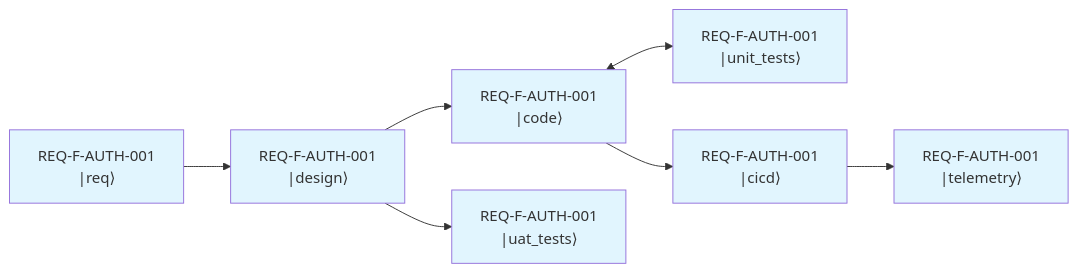
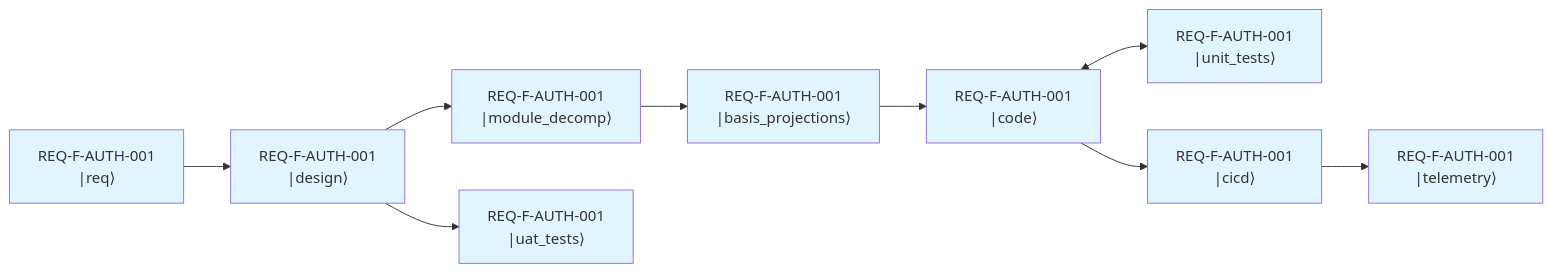
Before and after one commit to foolishimp/ai_sdlc_method: the seventh of 11 diagrams in docs/specification/AI_SDLC_ASSET_GRAPH_MODEL.md, drawn with Mermaid. The commit also changed other lines of this file and 7 other files, not shown here.

````diff
--- a/docs/specification/AI_SDLC_ASSET_GRAPH_MODEL.md
+++ b/docs/specification/AI_SDLC_ASSET_GRAPH_MODEL.md
@@ -469,17 +513,21 @@
 ```mermaid
 graph LR
     R["REQ-F-AUTH-001\n|req⟩"] --> D["REQ-F-AUTH-001\n|design⟩"]
-    D --> C["REQ-F-AUTH-001\n|code⟩"]
+    D --> MD["REQ-F-AUTH-001\n|module_decomp⟩"]
+    MD --> ST["REQ-F-AUTH-001\n|basis_projections⟩"]
+    ST --> C["REQ-F-AUTH-001\n|code⟩"]
     C <--> T["REQ-F-AUTH-001\n|unit_tests⟩"]
     D --> U["REQ-F-AUTH-001\n|uat_tests⟩"]
     C --> CI["REQ-F-AUTH-001\n|cicd⟩"]
     CI --> TEL["REQ-F-AUTH-001\n|telemetry⟩"]
 
     style R fill:#e1f5fe
     style D fill:#e1f5fe
+    style MD fill:#e1f5fe
+    style ST fill:#e1f5fe
     style C fill:#e1f5fe
     style T fill:#e1f5fe
     style U fill:#e1f5fe
     style CI fill:#e1f5fe
     style TEL fill:#e1f5fe
 ```
````
